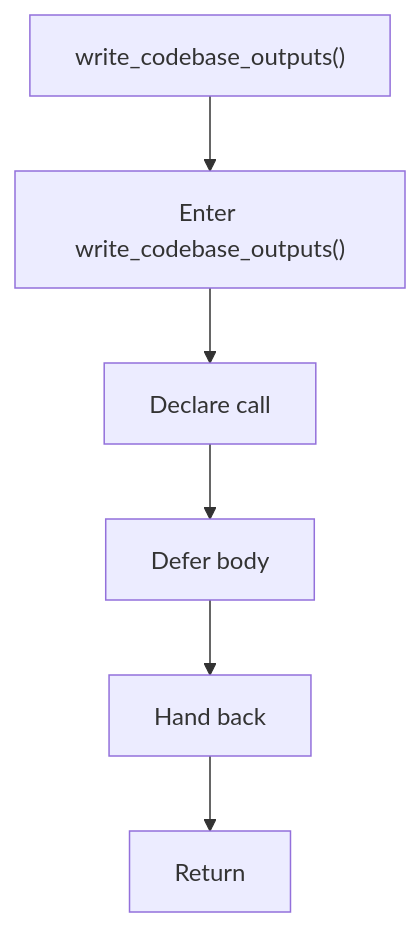
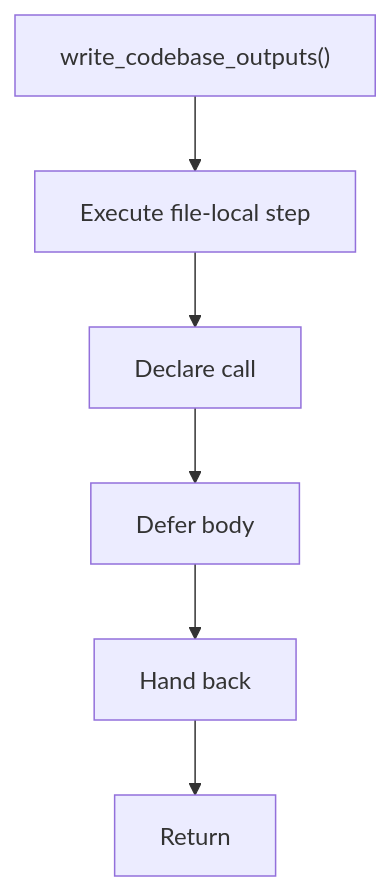
One commit to JohnAndrewBalbarosa/NeoTerritory changed the fourth of 4 diagrams in docs/Codebase/Microservice/Modules/Header/SyntacticBrokenAST/OutputGeneration/Render/codebase_output_writer.hpp.md. Above: the diagram before and after it, drawn with Mermaid. The commit also changed other lines of this file and 925 other files, not shown here.

````diff
--- a/docs/Codebase/Microservice/Modules/Header/SyntacticBrokenAST/OutputGeneration/Render/codebase_output_writer.hpp.md
+++ b/docs/Codebase/Microservice/Modules/Header/SyntacticBrokenAST/OutputGeneration/Render/codebase_output_writer.hpp.md
@@ -114,14 +113,14 @@
 ```mermaid
 flowchart TD
     Start["write_codebase_outputs()"]
-    N0["Enter write_codebase_outputs()"]
+    N0["Execute file-local step"]
     N1["Declare call"]
     N2["Defer body"]
     N3["Hand back"]
     End["Return"]
     Start --> N0
     N0 --> N1
     N1 --> N2
     N2 --> N3
     N3 --> End
 ```
````
